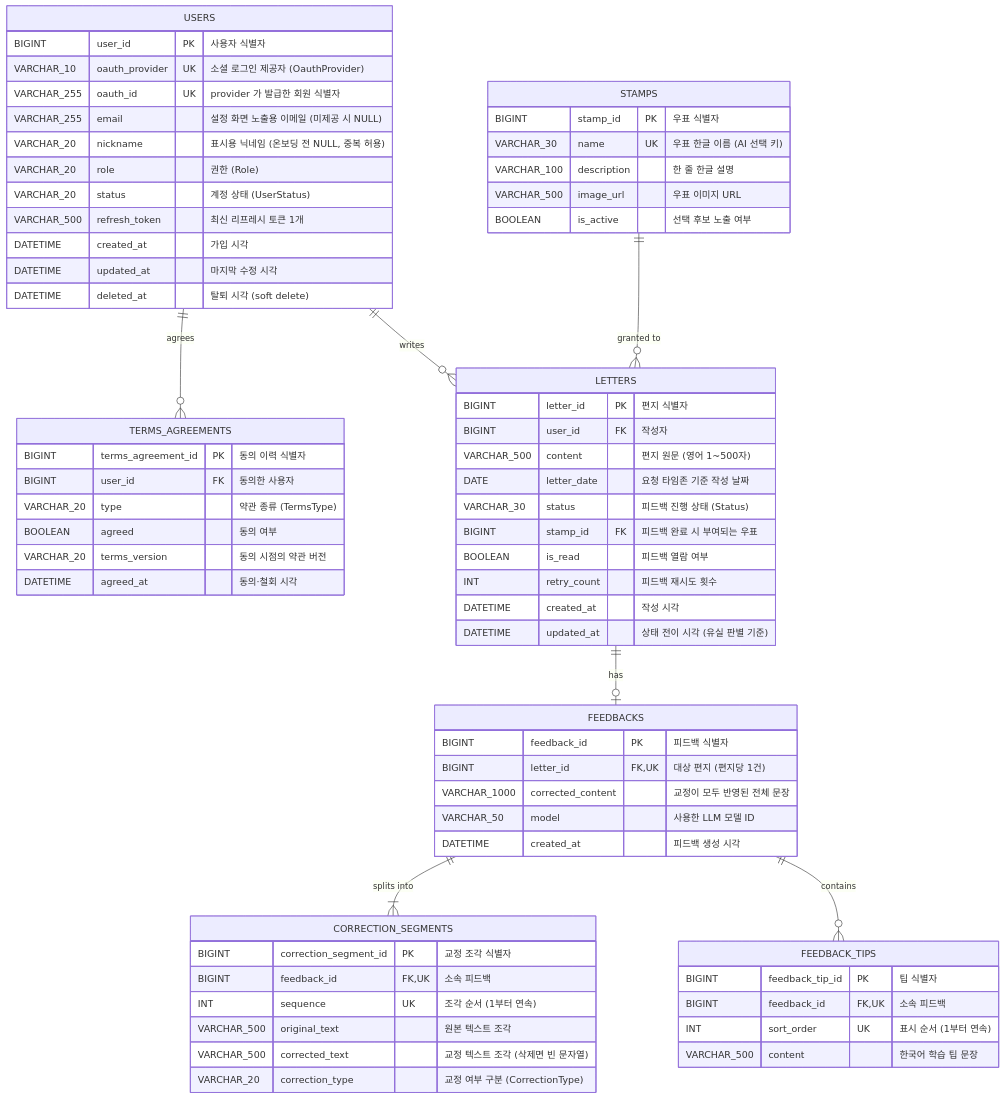
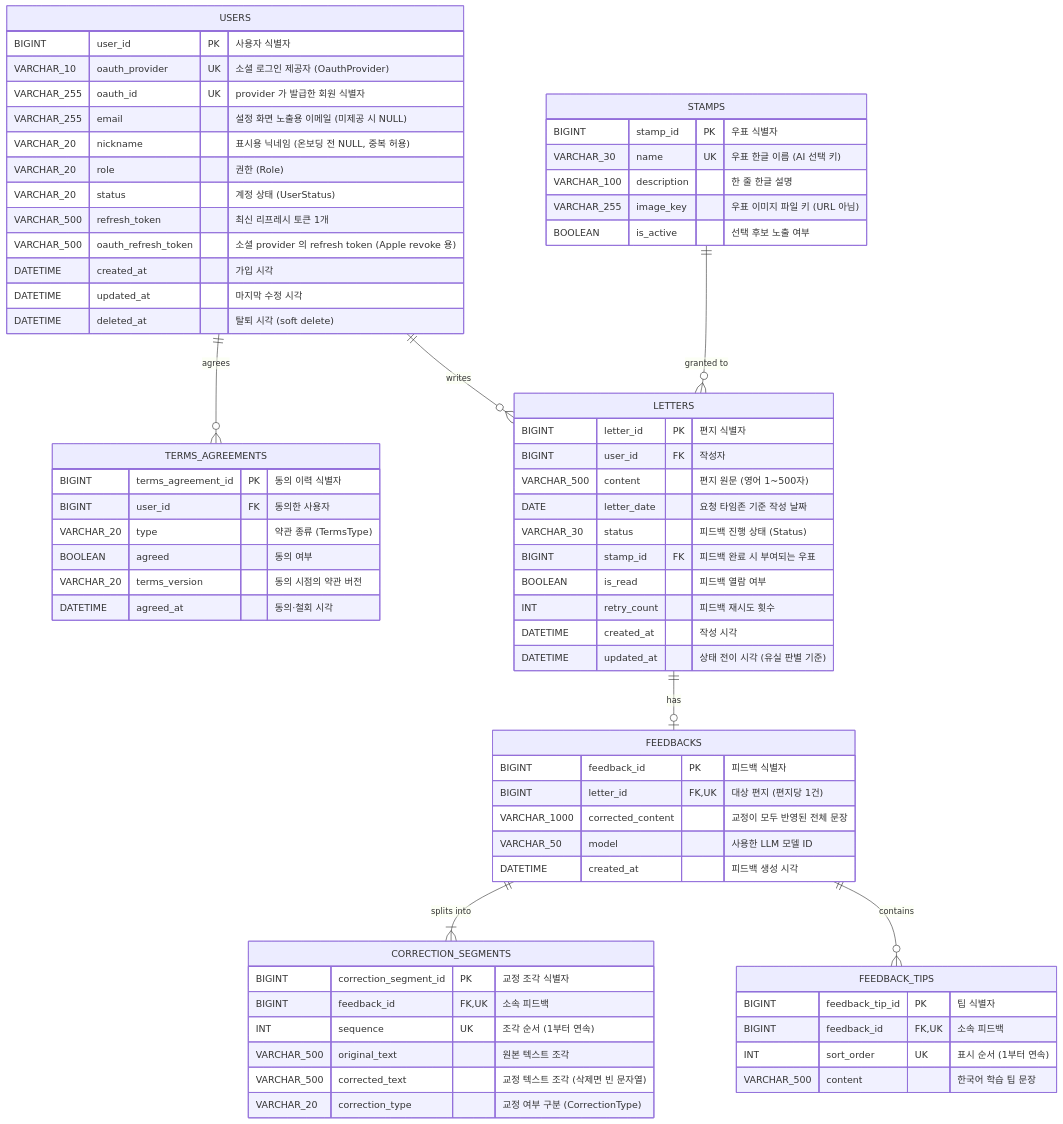
Before and after one commit to Dear-Jolly/Jolly_Server: the diagram in docs/ERD.md, drawn with Mermaid. The commit also changed other lines of this file and 4 other files, not shown here.

````diff
--- a/docs/ERD.md
+++ b/docs/ERD.md
@@ -32,77 +32,78 @@
 ```mermaid
 erDiagram
     USERS ||--o{ TERMS_AGREEMENTS : "agrees"
     USERS ||--o{ LETTERS : "writes"
     LETTERS ||--o| FEEDBACKS : "has"
     FEEDBACKS ||--|{ CORRECTION_SEGMENTS : "splits into"
     FEEDBACKS ||--o{ FEEDBACK_TIPS : "contains"
     STAMPS ||--o{ LETTERS : "granted to"
 
     USERS {
         BIGINT user_id PK "사용자 식별자"
         VARCHAR_10 oauth_provider UK "소셜 로그인 제공자 (OauthProvider)"
         VARCHAR_255 oauth_id UK "provider 가 발급한 회원 식별자"
         VARCHAR_255 email "설정 화면 노출용 이메일 (미제공 시 NULL)"
         VARCHAR_20 nickname "표시용 닉네임 (온보딩 전 NULL, 중복 허용)"
         VARCHAR_20 role "권한 (Role)"
         VARCHAR_20 status "계정 상태 (UserStatus)"
         VARCHAR_500 refresh_token "최신 리프레시 토큰 1개"
+        VARCHAR_500 oauth_refresh_token "소셜 provider 의 refresh token (Apple revoke 용)"
         DATETIME created_at "가입 시각"
         DATETIME updated_at "마지막 수정 시각"
         DATETIME deleted_at "탈퇴 시각 (soft delete)"
     }
 
     TERMS_AGREEMENTS {
         BIGINT terms_agreement_id PK "동의 이력 식별자"
         BIGINT user_id FK "동의한 사용자"
         VARCHAR_20 type "약관 종류 (TermsType)"
         BOOLEAN agreed "동의 여부"
         VARCHAR_20 terms_version "동의 시점의 약관 버전"
         DATETIME agreed_at "동의·철회 시각"
     }
 
     LETTERS {
         BIGINT letter_id PK "편지 식별자"
         BIGINT user_id FK "작성자"
         VARCHAR_500 content "편지 원문 (영어 1~500자)"
         DATE letter_date "요청 타임존 기준 작성 날짜"
         VARCHAR_30 status "피드백 진행 상태 (Status)"
         BIGINT stamp_id FK "피드백 완료 시 부여되는 우표"
         BOOLEAN is_read "피드백 열람 여부"
         INT retry_count "피드백 재시도 횟수"
         DATETIME created_at "작성 시각"
         DATETIME updated_at "상태 전이 시각 (유실 판별 기준)"
     }
 
     STAMPS {
         BIGINT stamp_id PK "우표 식별자"
         VARCHAR_30 name UK "우표 한글 이름 (AI 선택 키)"
         VARCHAR_100 description "한 줄 한글 설명"
-        VARCHAR_500 image_url "우표 이미지 URL"
+        VARCHAR_255 image_key "우표 이미지 파일 키 (URL 아님)"
         BOOLEAN is_active "선택 후보 노출 여부"
     }
 
     FEEDBACKS {
         BIGINT feedback_id PK "피드백 식별자"
         BIGINT letter_id FK,UK "대상 편지 (편지당 1건)"
         VARCHAR_1000 corrected_content "교정이 모두 반영된 전체 문장"
         VARCHAR_50 model "사용한 LLM 모델 ID"
         DATETIME created_at "피드백 생성 시각"
     }
 
     CORRECTION_SEGMENTS {
         BIGINT correction_segment_id PK "교정 조각 식별자"
         BIGINT feedback_id FK,UK "소속 피드백"
         INT sequence UK "조각 순서 (1부터 연속)"
         VARCHAR_500 original_text "원본 텍스트 조각"
         VARCHAR_500 corrected_text "교정 텍스트 조각 (삭제면 빈 문자열)"
         VARCHAR_20 correction_type "교정 여부 구분 (CorrectionType)"
     }
 
     FEEDBACK_TIPS {
         BIGINT feedback_tip_id PK "팁 식별자"
         BIGINT feedback_id FK,UK "소속 피드백"
         INT sort_order UK "표시 순서 (1부터 연속)"
         VARCHAR_500 content "한국어 학습 팁 문장"
     }
 ```
````
